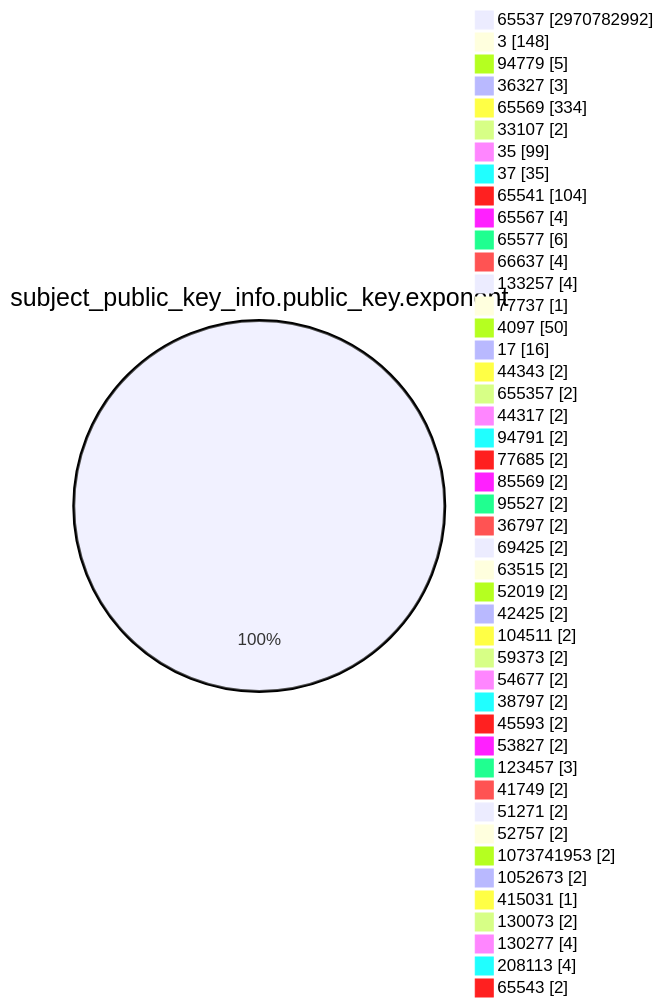
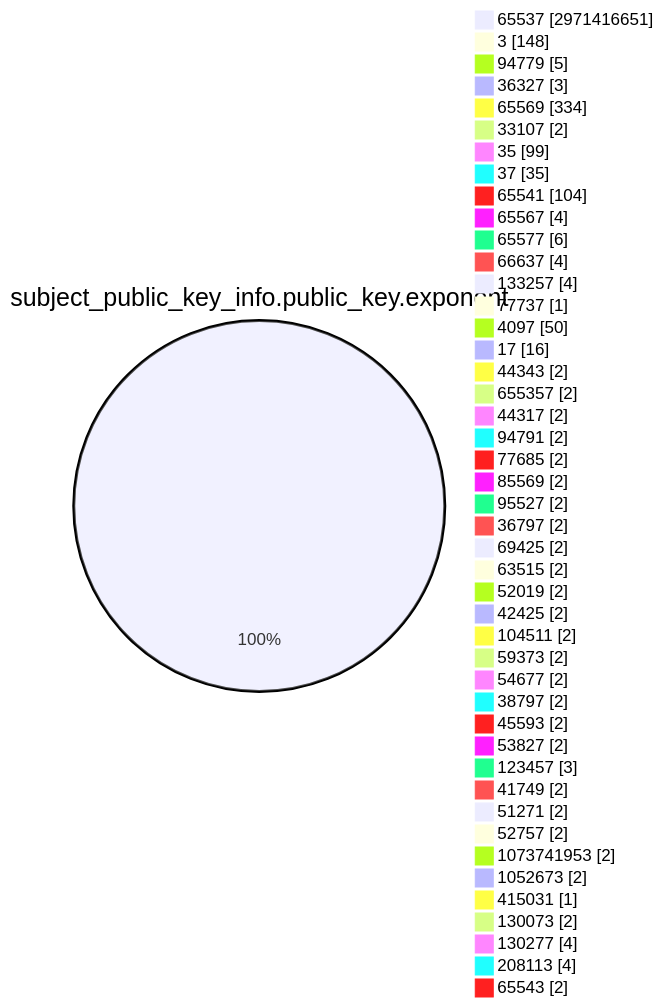
Before and after one commit to christiankrug/ctmonitor_visualization: the fourth of 15 diagrams in TOTAL/README.md, drawn with Mermaid. The commit also changed other lines of this file, not shown here.

````diff
--- a/TOTAL/README.md
+++ b/TOTAL/README.md
@@ -1471,49 +1471,49 @@
 ```mermaid
 pie showData
 title subject_public_key_info.public_key.exponent
-"65537" :2970782992
+"65537" :2971416651
 "3" :148
 "94779" :5
 "36327" :3
 "65569" :334
 "33107" :2
 "35" :99
 "37" :35
 "65541" :104
 "65567" :4
 "65577" :6
 "66637" :4
 "133257" :4
 "77737" :1
 "4097" :50
 "17" :16
 "44343" :2
 "655357" :2
 "44317" :2
 "94791" :2
 "77685" :2
 "85569" :2
 "95527" :2
 "36797" :2
 "69425" :2
 "63515" :2
 "52019" :2
 "42425" :2
 "104511" :2
 "59373" :2
 "54677" :2
 "38797" :2
 "45593" :2
 "53827" :2
 "123457" :3
 "41749" :2
 "51271" :2
 "52757" :2
 "1073741953" :2
 "1052673" :2
 "415031" :1
 "130073" :2
 "130277" :4
 "208113" :4
 "65543" :2
 ```
````
